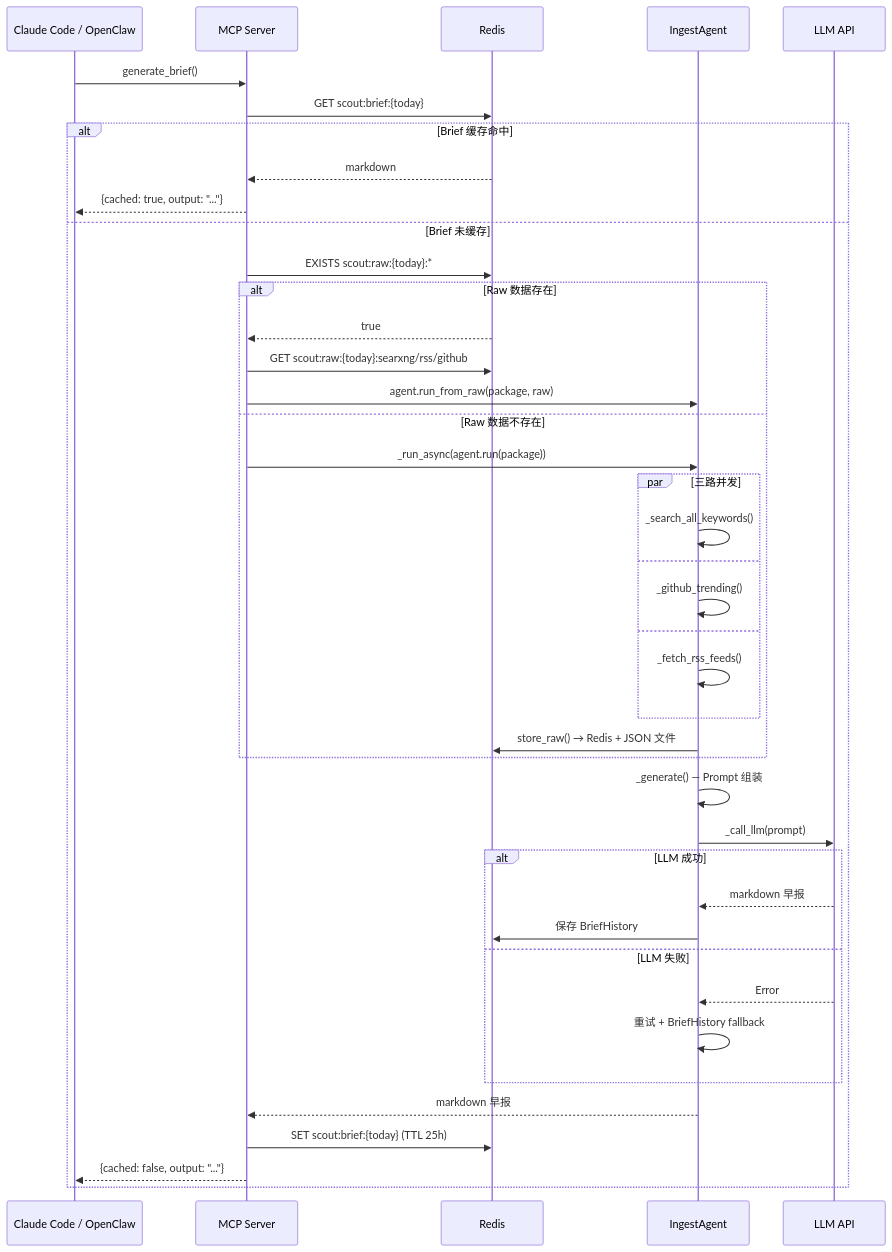
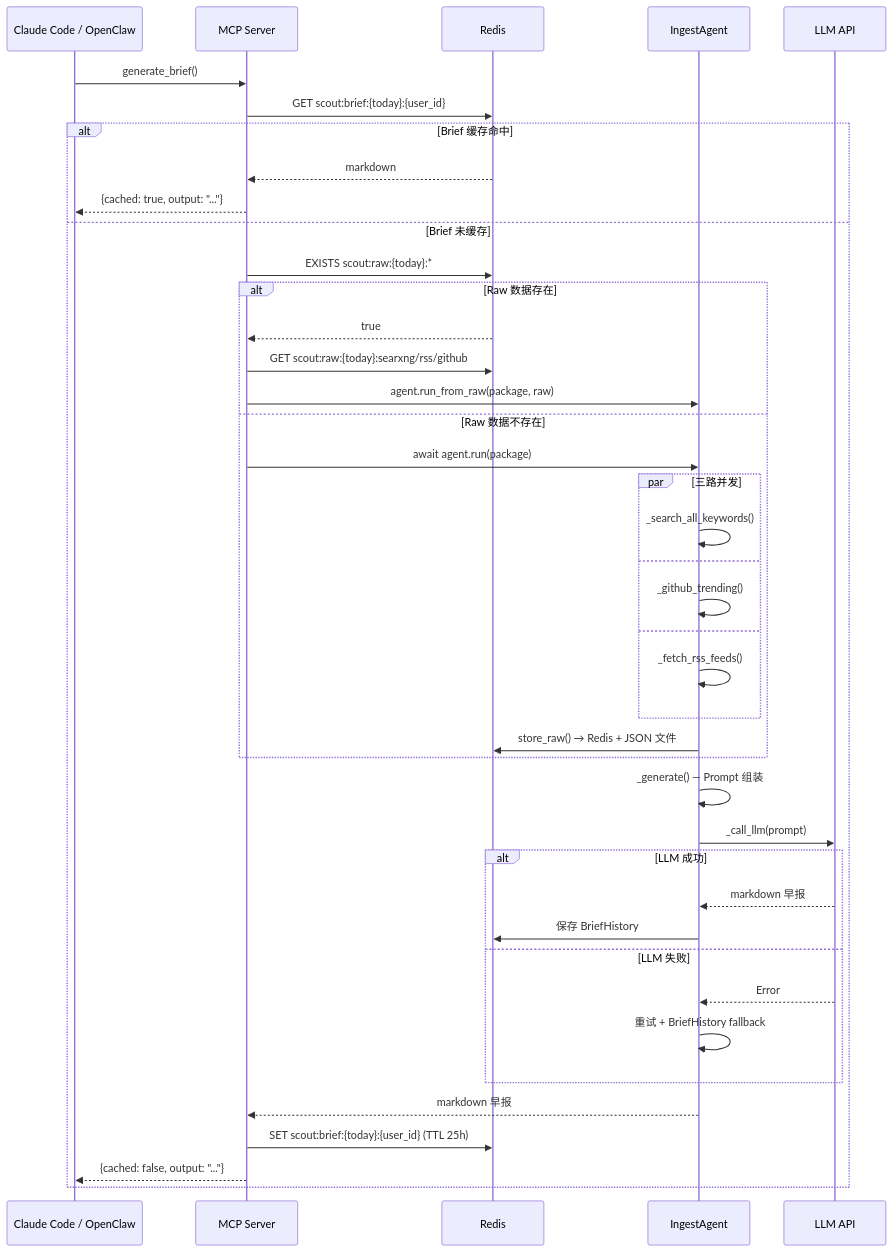
The second of 2 diagrams in docs/design/02-agent-pipeline.md (xinovate/linglong-scout), drawn with Mermaid before and after one commit. The commit also changed other lines of this file and 6 other files, not shown here.

First line of the commit message:
docs: 同步架构图/流程图/组件表，补充多用户隔离和自动调度

````diff
--- a/docs/design/02-agent-pipeline.md
+++ b/docs/design/02-agent-pipeline.md
@@ -73,50 +79,50 @@
 ```mermaid
 sequenceDiagram
     participant Agent as Claude Code / OpenClaw
     participant MCP as MCP Server
     participant Redis as Redis
     participant AgentCore as IngestAgent
     participant LLM as LLM API
 
     Agent->>MCP: generate_brief()
 
-    MCP->>Redis: GET scout:brief:{today}
+    MCP->>Redis: GET scout:brief:{today}:{user_id}
     alt Brief 缓存命中
         Redis-->>MCP: markdown
         MCP-->>Agent: {cached: true, output: "..."}
     else Brief 未缓存
         MCP->>Redis: EXISTS scout:raw:{today}:*
         alt Raw 数据存在
             Redis-->>MCP: true
             MCP->>Redis: GET scout:raw:{today}:searxng/rss/github
             MCP->>AgentCore: agent.run_from_raw(package, raw)
         else Raw 数据不存在
-            MCP->>AgentCore: _run_async(agent.run(package))
+            MCP->>AgentCore: await agent.run(package)
 
             par 三路并发
                 AgentCore->>AgentCore: _search_all_keywords()
             and
                 AgentCore->>AgentCore: _github_trending()
             and
                 AgentCore->>AgentCore: _fetch_rss_feeds()
             end
 
             AgentCore->>Redis: store_raw() → Redis + JSON 文件
         end
 
         AgentCore->>AgentCore: _generate() — Prompt 组装
         AgentCore->>LLM: _call_llm(prompt)
 
         alt LLM 成功
             LLM-->>AgentCore: markdown 早报
             AgentCore->>Redis: 保存 BriefHistory
         else LLM 失败
             LLM-->>AgentCore: Error
             AgentCore->>AgentCore: 重试 + BriefHistory fallback
         end
 
         AgentCore-->>MCP: markdown 早报
-        MCP->>Redis: SET scout:brief:{today} (TTL 25h)
+        MCP->>Redis: SET scout:brief:{today}:{user_id} (TTL 25h)
         MCP-->>Agent: {cached: false, output: "..."}
     end
 ```
````
